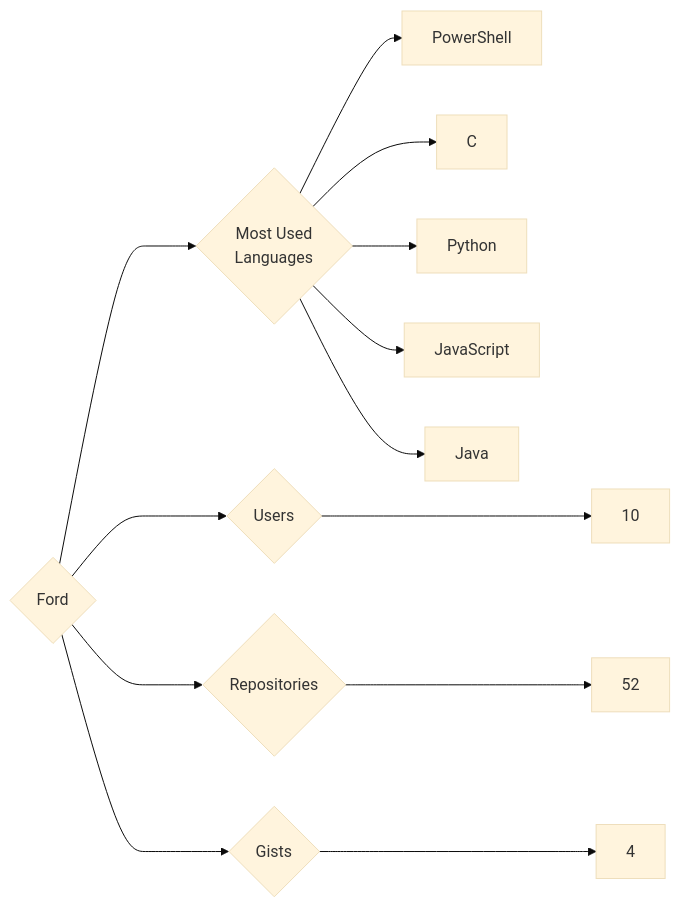
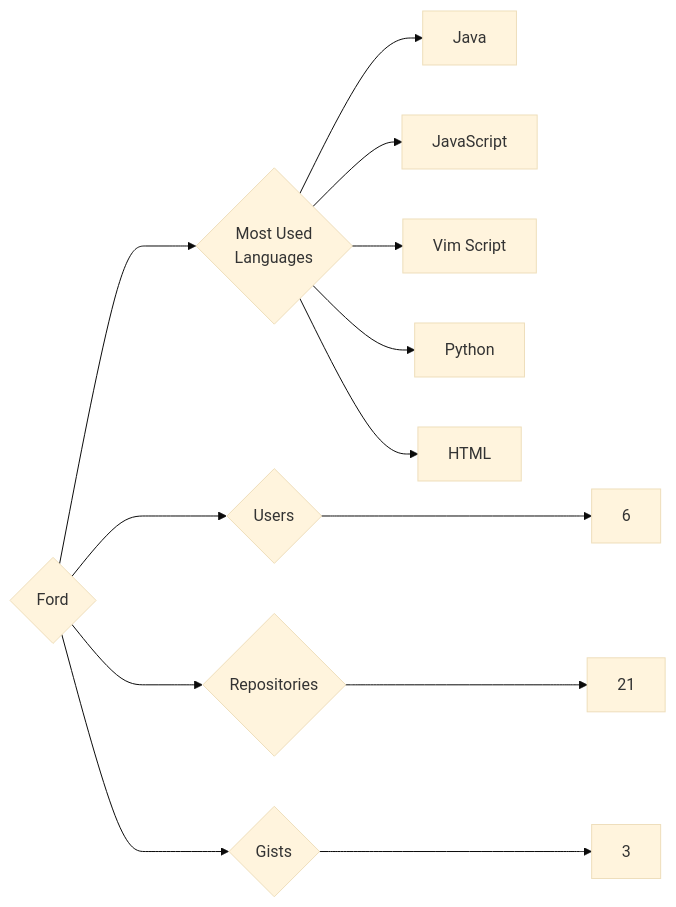
One commit to trickest/insiders changed the diagram in targets/Ford/README.md. Above: the diagram before and after it, drawn with Mermaid (base theme). The commit also changed 1092 other files, not shown here.

````diff
--- a/targets/Ford/README.md
+++ b/targets/Ford/README.md
@@ -3,13 +3,13 @@
 ```mermaid
 graph LR
 COMPANY_NAME{Ford}
-COMPANY_NAME ---> U{Users} ---> UN[10]
-COMPANY_NAME ---> R{Repositories} ---> RN[52]
-COMPANY_NAME ---> G{Gists} ---> GN[4]
+COMPANY_NAME ---> U{Users} ---> UN[6]
+COMPANY_NAME ---> R{Repositories} ---> RN[21]
+COMPANY_NAME ---> G{Gists} ---> GN[3]
 COMPANY_NAME ---> ML{Most Used<br>Languages}
-ML --> PowerShell[PowerShell]
-ML --> C[C]
+ML --> Java[Java]
+ML --> JavaScript[JavaScript]
+ML --> Vim_Script[Vim Script]
 ML --> Python[Python]
-ML --> JavaScript[JavaScript]
-ML --> Java[Java]
+ML --> HTML[HTML]
 ```
````
